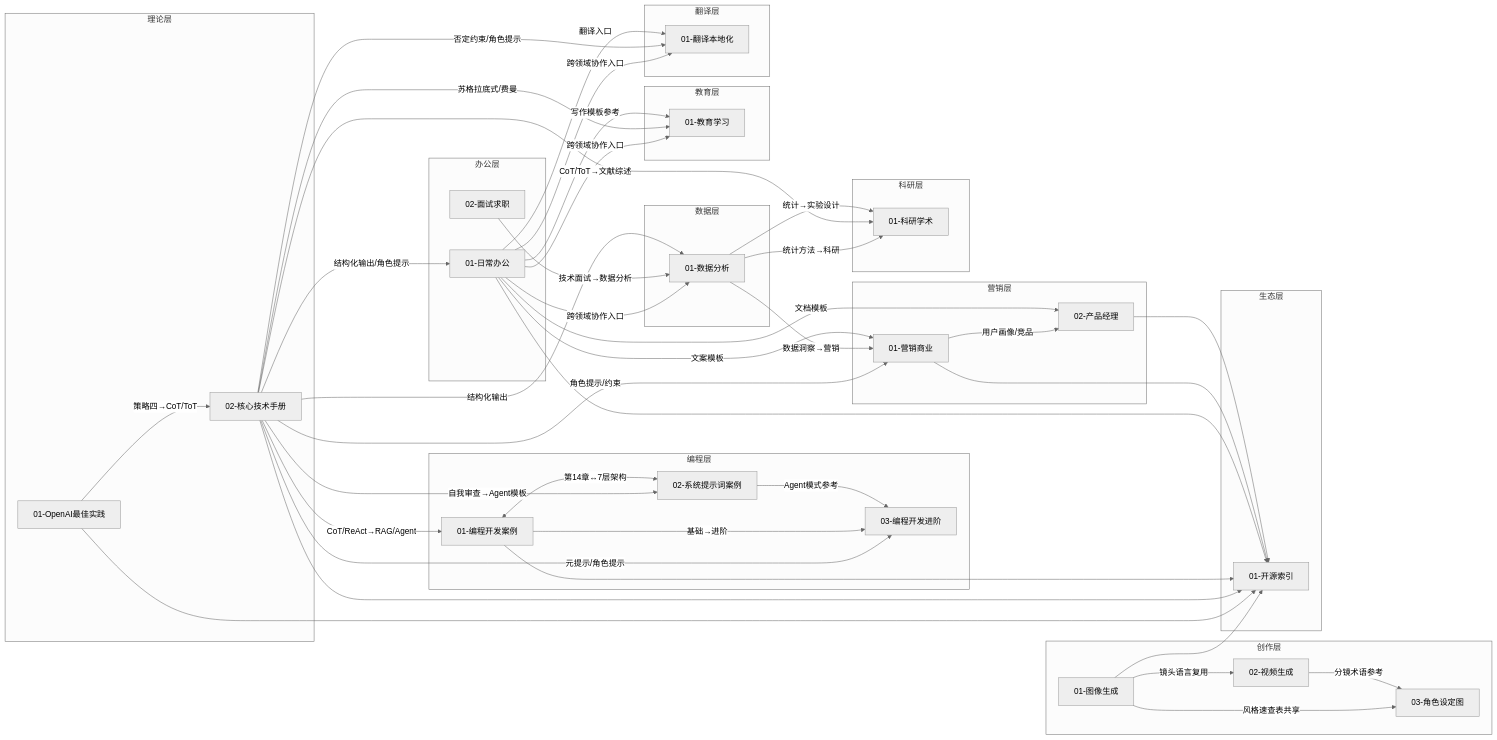
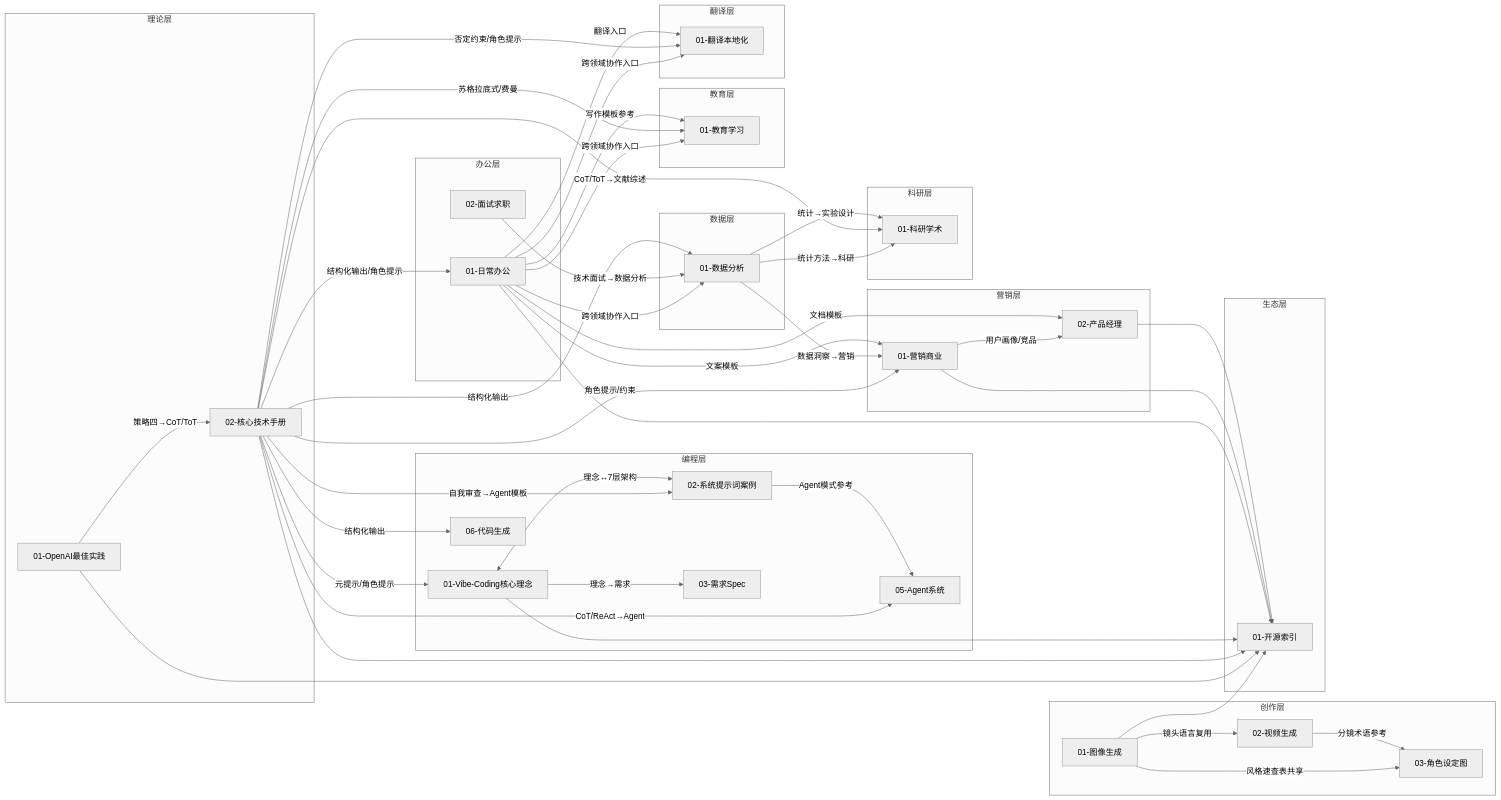
One commit to Wunseol/prompt-engineering-case-library changed the second of 5 diagrams in docs/02-项目架构.md. Above: the diagram before and after it, drawn with Mermaid (neutral theme). The commit also changed other lines of this file and 47 other files, not shown here.

```diff
--- a/docs/02-项目架构.md
+++ b/docs/02-项目架构.md
@@ -72,9 +81,11 @@
     end
 
     subgraph 编程层
-        C["01-编程开发案例"]
+        C["01-Vibe-Coding核心理念"]
         D["02-系统提示词案例"]
-        E["03-编程开发进阶"]
+        E["03-需求Spec"]
+        VC["05-Agent系统"]
+        CG["06-代码生成"]
     end
 
     subgraph 创作层
@@ -114,12 +125,13 @@
     end
 
     A -->|"策略四→CoT/ToT"| B
-    B -->|"CoT/ReAct→RAG/Agent"| C
+    B -->|"CoT/ReAct→Agent"| VC
     B -->|"自我审查→Agent模板"| D
-    C <-->|"第14章↔7层架构"| D
-    B -->|"元提示/角色提示"| E
-    C -->|"基础→进阶"| E
-    D -->|"Agent模式参考"| E
+    C <-->|"理念↔7层架构"| D
+    B -->|"元提示/角色提示"| C
+    C -->|"理念→需求"| E
+    D -->|"Agent模式参考"| VC
+    B -->|"结构化输出"| CG
 
     F -->|"风格速查表共享"| H
     F -->|"镜头语言复用"| G
```
